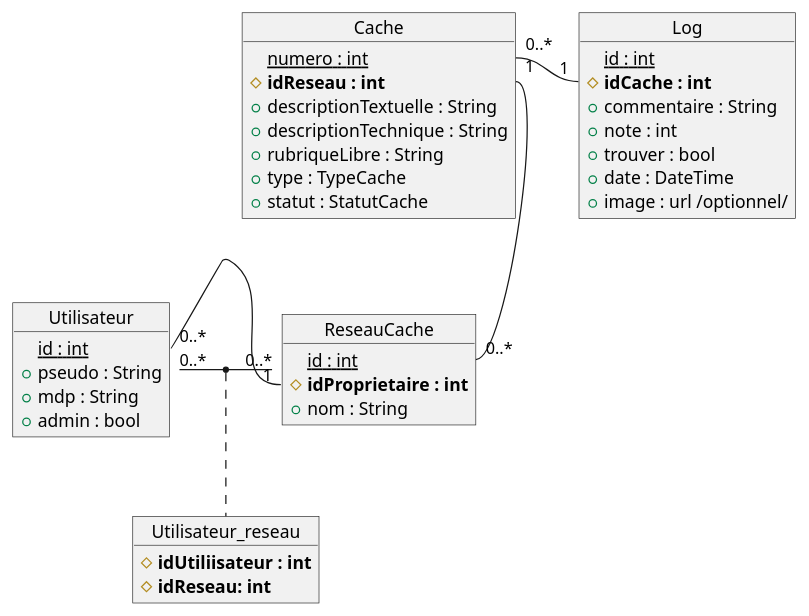
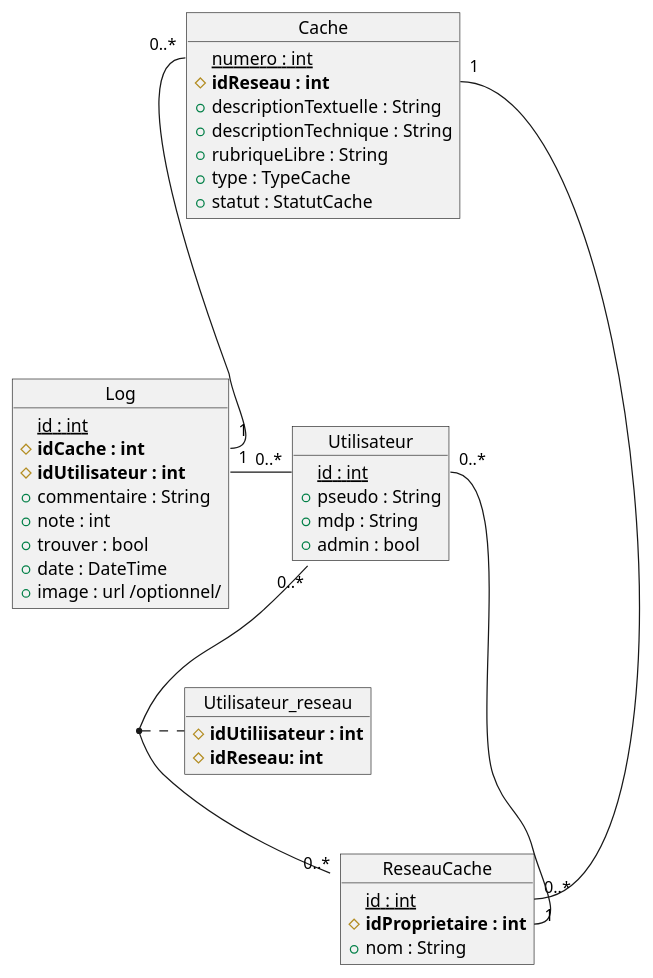
The diagram in conception/UML/MPD.puml (Thomas-Duthoit/ge-OO-cache), drawn with PlantUML before and after one commit.

Commit message:
Update UML diagram relationships and attributes

```diff
--- a/conception/UML/MPD.puml
+++ b/conception/UML/MPD.puml
@@ -1,49 +1,51 @@
 @startuml
 
 object Utilisateur{
   {static} id : int
   + pseudo : String 
   + mdp : String
   + admin : bool
 }
 
 object ReseauCache{
   {static} id : int
   # <b>idProprietaire : int</b>
   + nom : String
 }
 
 object Utilisateur_reseau{
   # <b>idUtiliisateur : int</b>
   # <b>idReseau: int</b>
 }
 
 object Cache{
   {static} numero : int
   # <b>idReseau : int</b>
   + descriptionTextuelle : String
   + descriptionTechnique : String 
   + rubriqueLibre : String
   + type : TypeCache
   + statut : StatutCache
 }
 
 object Log{
   {static} id : int
   # <b>idCache : int</b>
+  # <b>idUtilisateur : int</b>
   + commentaire : String
   + note : int
   + trouver : bool
   + date : DateTime
   + image : url /optionnel/
 }
 
-Utilisateur "0..*" - "0..*" ReseauCache 
+Utilisateur "0..*" -- "0..*" ReseauCache 
 (Utilisateur, ReseauCache) . Utilisateur_reseau
 
-Cache::idReseau "1" -- "0..*" ReseauCache::id 
+Cache::idReseau "1" --- "0..*" ReseauCache::id 
 
-Cache::numero "0..*" - "1" Log::idCache
-Utilisateur::id "0..*" - "1" ReseauCache::idProprietaire
+Cache::numero "0..*" --- "1" Log::idCache
+Utilisateur::id "0..*" -- "1" ReseauCache::idProprietaire
+Log::idUtilisateur "1" - "0..*" Utilisateur::id
 
 @enduml
```
